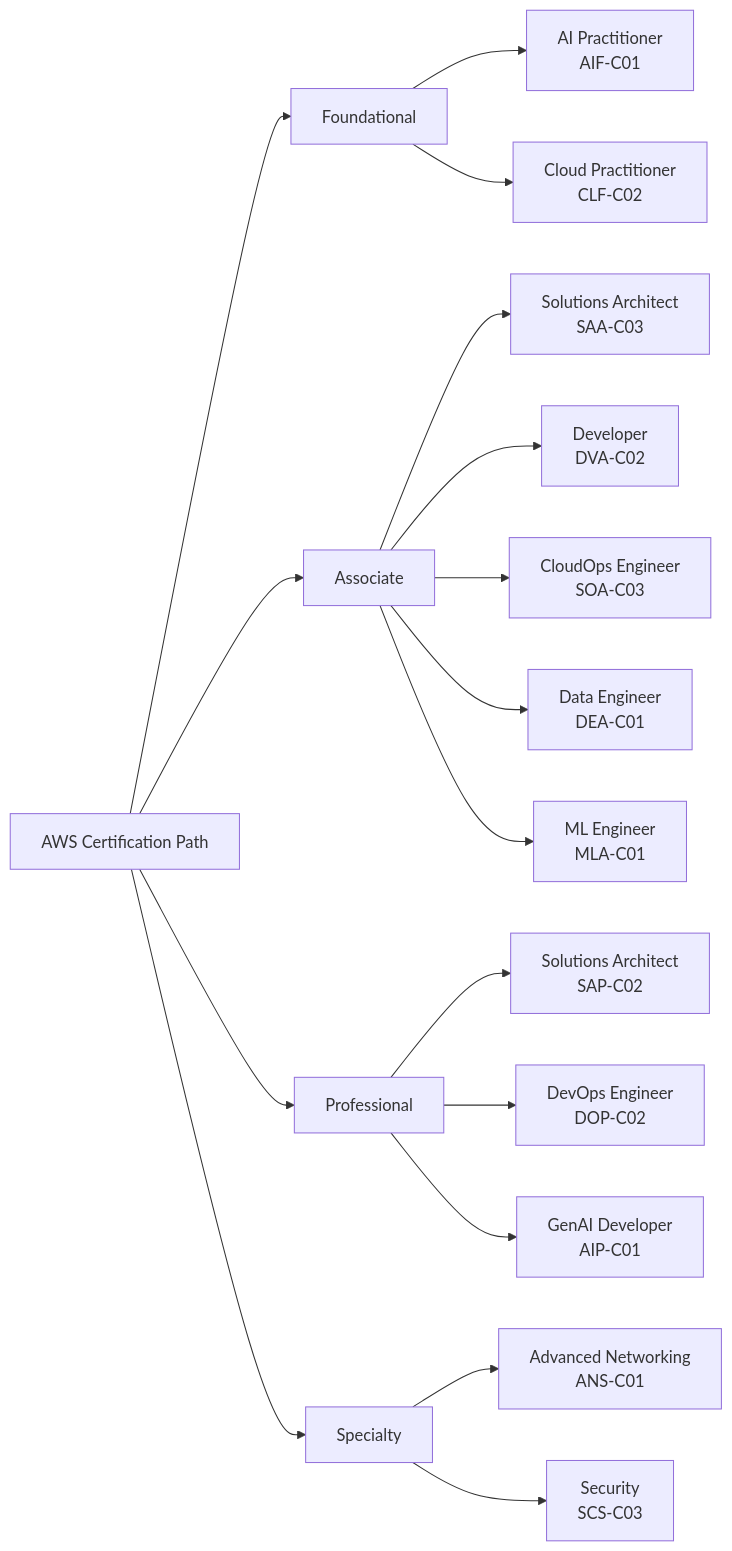
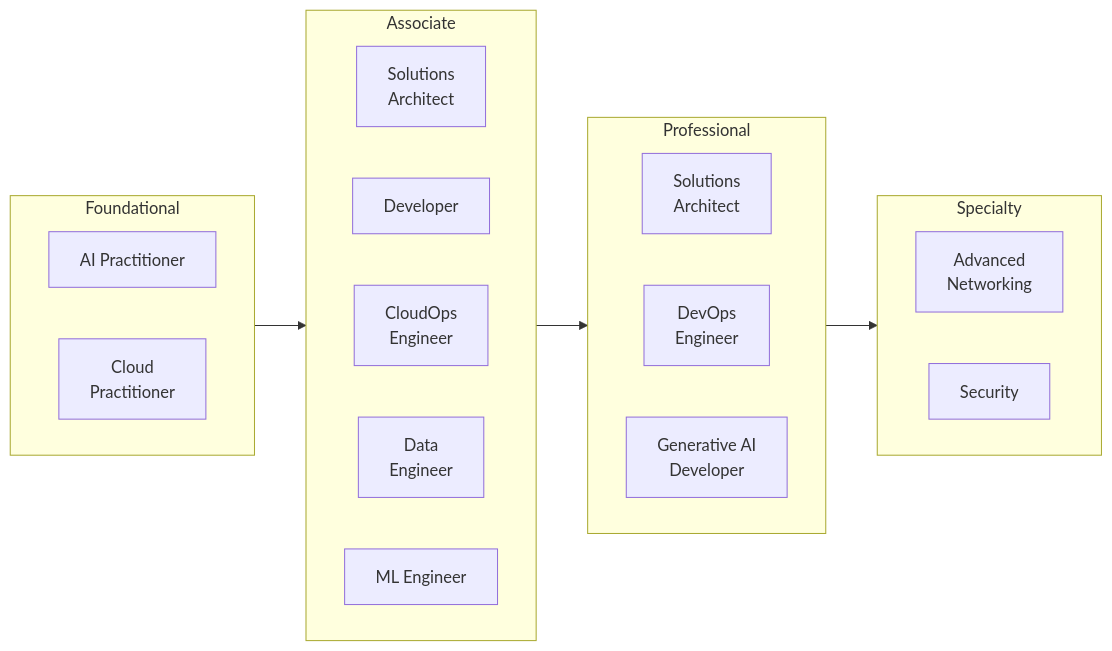
Before and after one commit to CloudCityPress/aws-aif-c01: the first of 5 diagrams in english/00_60_AWS_Certifications_and_exam.md, drawn with Mermaid. The commit also changed other lines of this file and 76 other files, not shown here.

````diff
--- a/english/00_60_AWS_Certifications_and_exam.md
+++ b/english/00_60_AWS_Certifications_and_exam.md
@@ -13,23 +13,30 @@
 ```mermaid
-flowchart LR
-    A[AWS Certification Path] --> B[Foundational]
-    A --> E[Associate]
-    A --> F[Professional]
-    A --> G[Specialty]
-
-    B --> D[AI Practitioner<br>AIF-C01]
-    B --> C[Cloud Practitioner<br>CLF-C02]
-
-    E --> H[Solutions Architect<br>SAA-C03]
-    E --> I[Developer<br>DVA-C02]
-    E --> J[CloudOps Engineer<br>SOA-C03]
-    E --> K[Data Engineer<br>DEA-C01]
-    E --> L[ML Engineer<br>MLA-C01]
-
-    F --> M[Solutions Architect<br>SAP-C02]
-    F --> N[DevOps Engineer<br>DOP-C02]
-    F --> P[GenAI Developer<br>AIP-C01]
-
-    G --> O[Advanced Networking<br>ANS-C01]
-    G --> Q[Security<br>SCS-C03]
+flowchart LR    
+    subgraph F["Foundational"]
+        direction LR
+        F1[AI Practitioner]
+        F2[Cloud<br>Practitioner]
+    end
+    subgraph A["Associate"]
+        direction LR
+        A1[Solutions<br>Architect]
+        A2[Developer]
+        A3[CloudOps<br>Engineer]
+        A4[Data<br>Engineer]
+        A5[ML Engineer]
+    end
+    subgraph P["Professional"]
+        direction LR
+        P1[Solutions<br>Architect]
+        P2[DevOps<br>Engineer]
+        P3[Generative AI<br>Developer]
+    end
+    subgraph S["Specialty"]
+        direction LR
+        S1[Advanced<br>Networking]
+        S2[Security]
+    end
+    F --> A
+    A --> P
+    P --> S
 ```
````
